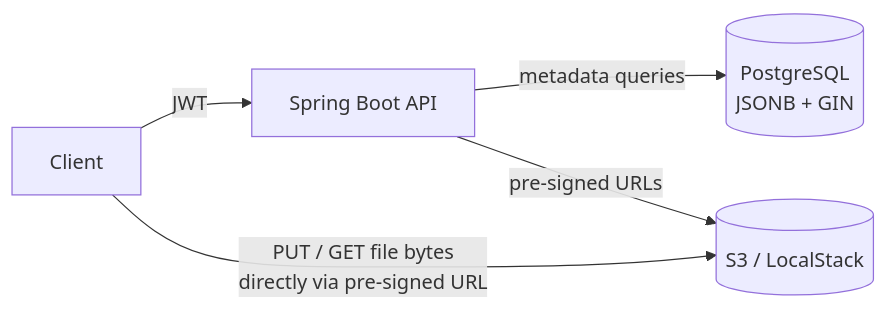
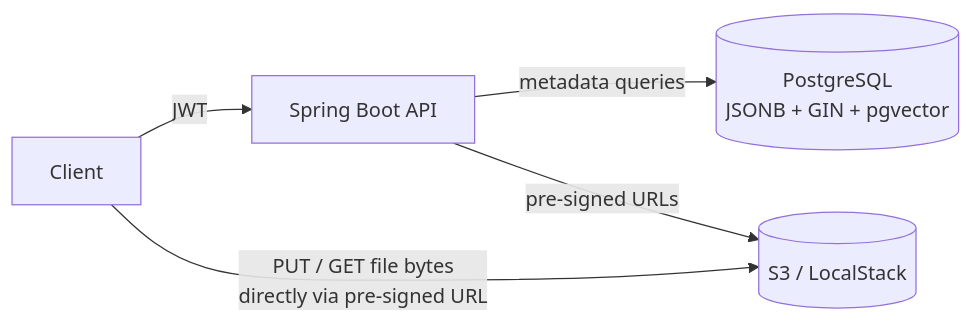
Before and after one commit to yutcai/datacatalog: the diagram in README.md, drawn with Mermaid. The commit also changed other lines of this file, not shown here.

````diff
--- a/README.md
+++ b/README.md
@@ -21,7 +17,7 @@
 ```mermaid
 flowchart LR
     Client -->|JWT| API[Spring Boot API]
-    API -->|metadata queries| PG[("PostgreSQL<br/>JSONB + GIN")]
+    API -->|metadata queries| PG[("PostgreSQL<br/>JSONB + GIN + pgvector")]
     API -->|pre-signed URLs| S3[(S3 / LocalStack)]
     Client -->|"PUT / GET file bytes<br/>directly via pre-signed URL"| S3
 ```
````
